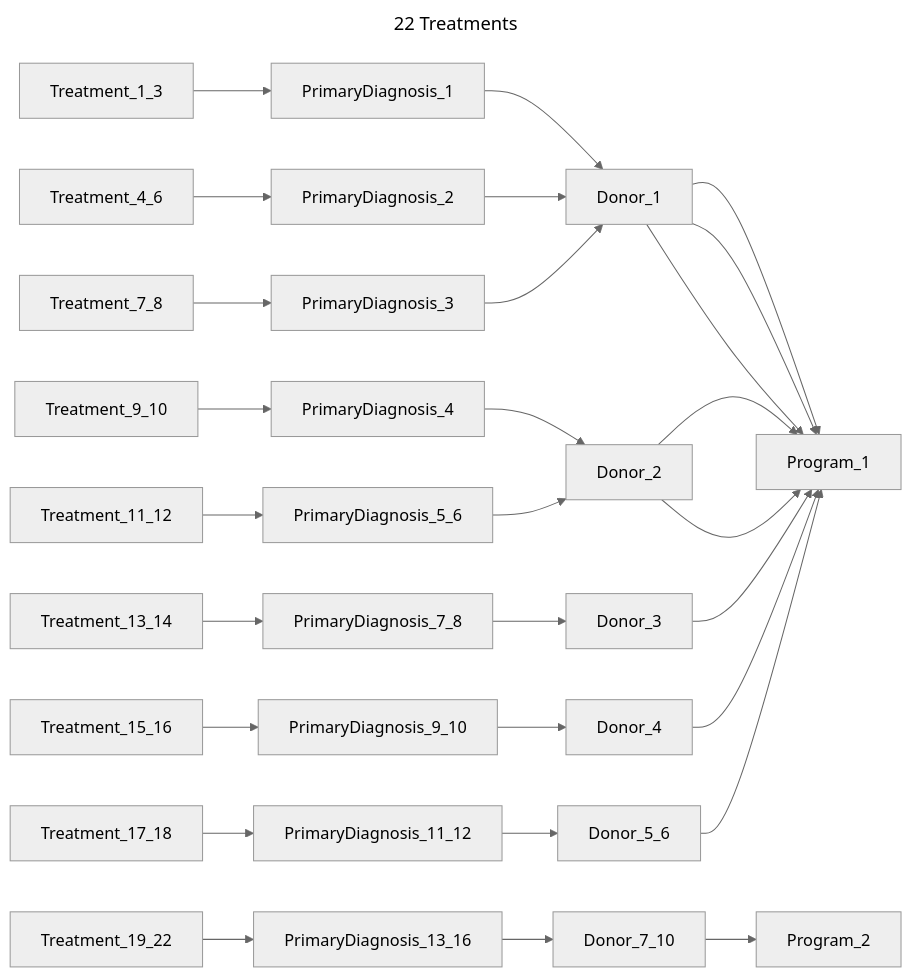
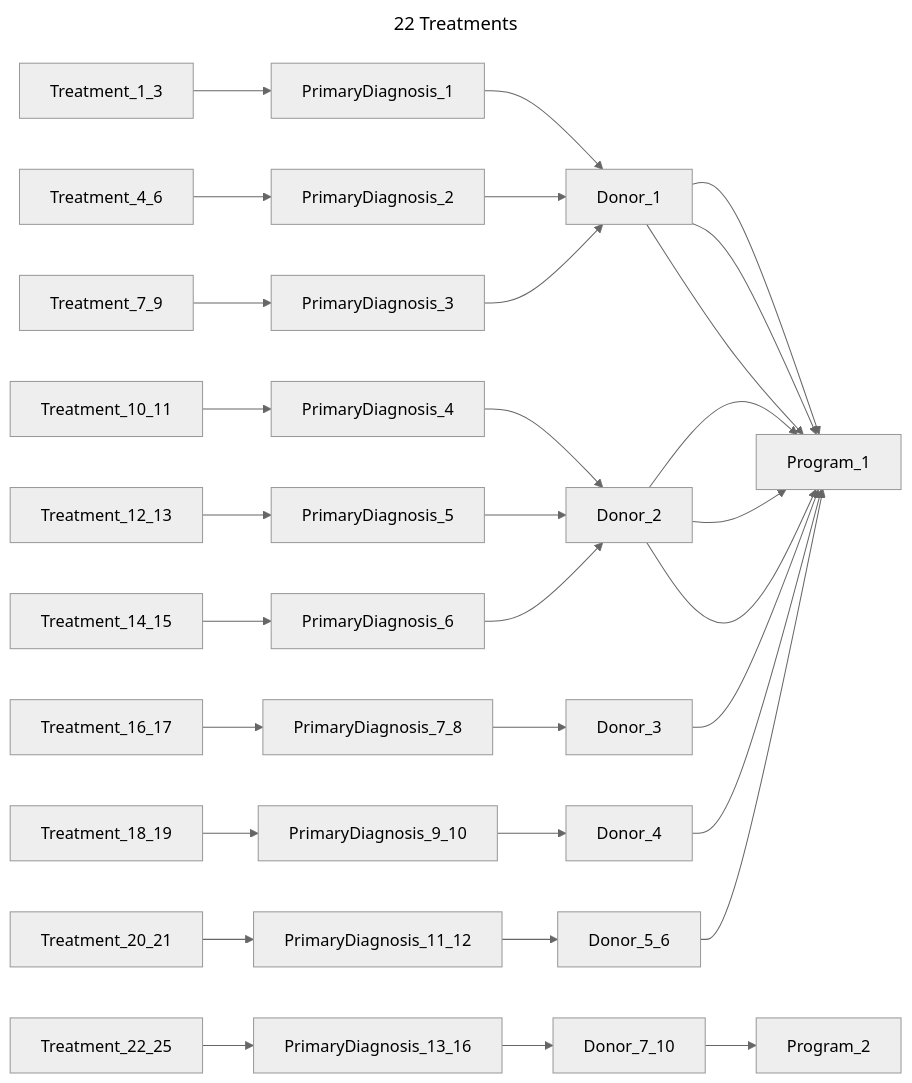
The fifth of 14 diagrams in chord_metadata_service/mohpackets/data/small_dataset/README.md (bento-platform/katsu), drawn with Mermaid (neutral theme) before and after one commit. The commit also changed other lines of this file, not shown here.

````diff
--- a/chord_metadata_service/mohpackets/data/small_dataset/README.md
+++ b/chord_metadata_service/mohpackets/data/small_dataset/README.md
@@ -70,15 +70,16 @@
 ```mermaid
 ---
 title: 22 Treatments
 ---
 graph LR;  
   Treatment_1_3 --> PrimaryDiagnosis_1 --> Donor_1 --> Program_1;  
   Treatment_4_6 --> PrimaryDiagnosis_2 --> Donor_1 --> Program_1;  
-  Treatment_7_8 --> PrimaryDiagnosis_3 --> Donor_1 --> Program_1;  
-  Treatment_9_10 --> PrimaryDiagnosis_4 --> Donor_2 --> Program_1;  
-  Treatment_11_12 --> PrimaryDiagnosis_5_6 --> Donor_2 --> Program_1;  
-  Treatment_13_14 --> PrimaryDiagnosis_7_8 --> Donor_3 --> Program_1;  
-  Treatment_15_16 --> PrimaryDiagnosis_9_10 --> Donor_4 --> Program_1;  
-  Treatment_17_18 --> PrimaryDiagnosis_11_12 --> Donor_5_6 --> Program_1;  
-  Treatment_19_22 --> PrimaryDiagnosis_13_16 --> Donor_7_10 --> Program_2;
+  Treatment_7_9 --> PrimaryDiagnosis_3 --> Donor_1 --> Program_1;  
+  Treatment_10_11 --> PrimaryDiagnosis_4 --> Donor_2 --> Program_1;  
+  Treatment_12_13 --> PrimaryDiagnosis_5 --> Donor_2 --> Program_1;  
+  Treatment_14_15 --> PrimaryDiagnosis_6 --> Donor_2 --> Program_1; 
+  Treatment_16_17 --> PrimaryDiagnosis_7_8 --> Donor_3 --> Program_1;  
+  Treatment_18_19 --> PrimaryDiagnosis_9_10 --> Donor_4 --> Program_1;  
+  Treatment_20_21 --> PrimaryDiagnosis_11_12 --> Donor_5_6 --> Program_1;  
+  Treatment_22_25 --> PrimaryDiagnosis_13_16 --> Donor_7_10 --> Program_2;
 ```
````
